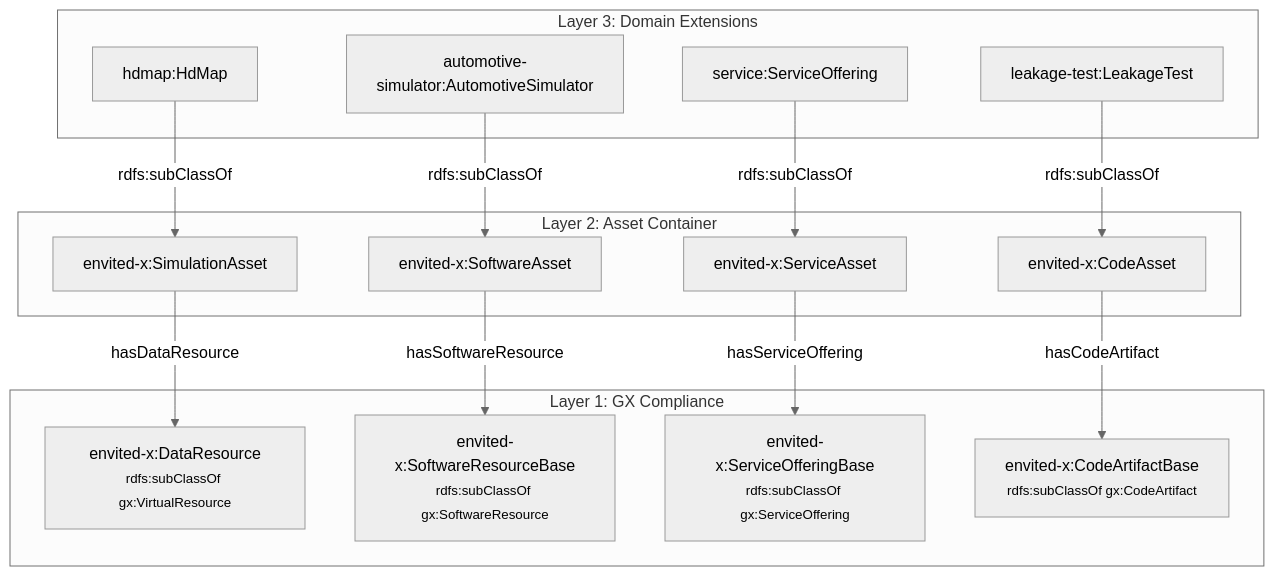
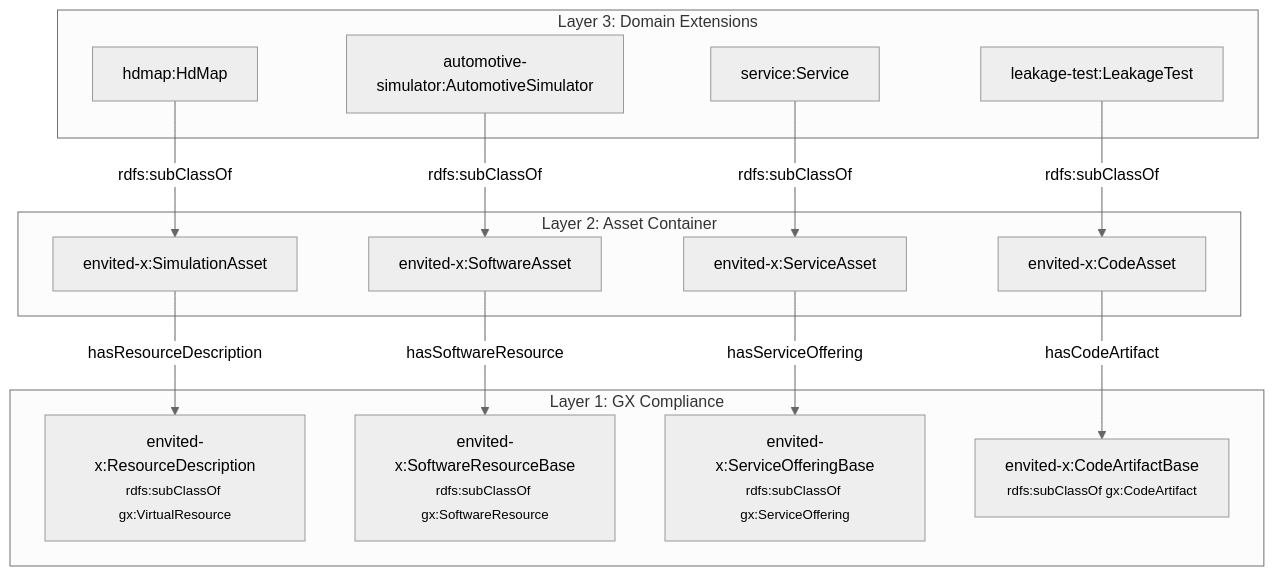
Before and after one commit to GAIA-X4PLC-AAD/ontology-management-base: the diagram in docs/gaiax/gx-integration-pattern.md, drawn with Mermaid (neutral theme). The commit also changed other lines of this file and 95 other files, not shown here.

First line of the commit message:
feat(ontology): GX 25.11 wrapper architecture, domain compliance & ve… (#175)

````diff
--- a/docs/gaiax/gx-integration-pattern.md
+++ b/docs/gaiax/gx-integration-pattern.md
@@ -36,33 +25,33 @@
 ```mermaid
 graph TB
     subgraph "Layer 1: GX Compliance"
-        DR["envited-x:DataResource<br/><small>rdfs:subClassOf gx:VirtualResource</small>"]
+        DR["envited-x:ResourceDescription<br/><small>rdfs:subClassOf gx:VirtualResource</small>"]
         SR["envited-x:SoftwareResourceBase<br/><small>rdfs:subClassOf gx:SoftwareResource</small>"]
         SO["envited-x:ServiceOfferingBase<br/><small>rdfs:subClassOf gx:ServiceOffering</small>"]
         CA["envited-x:CodeArtifactBase<br/><small>rdfs:subClassOf gx:CodeArtifact</small>"]
     end
 
     subgraph "Layer 2: Asset Container"
         SA["envited-x:SimulationAsset"]
         SWA["envited-x:SoftwareAsset"]
         SVA["envited-x:ServiceAsset"]
         CDA["envited-x:CodeAsset"]
     end
 
     subgraph "Layer 3: Domain Extensions"
         HD["hdmap:HdMap"]
         AS["automotive-simulator:AutomotiveSimulator"]
-        SVC["service:ServiceOffering"]
+        SVC["service:Service"]
         LT["leakage-test:LeakageTest"]
     end
 
-    SA -->|hasDataResource| DR
+    SA -->|hasResourceDescription| DR
     SWA -->|hasSoftwareResource| SR
     SVA -->|hasServiceOffering| SO
     CDA -->|hasCodeArtifact| CA
 
     HD -->|rdfs:subClassOf| SA
     AS -->|rdfs:subClassOf| SWA
     SVC -->|rdfs:subClassOf| SVA
     LT -->|rdfs:subClassOf| CDA
 ```
````
